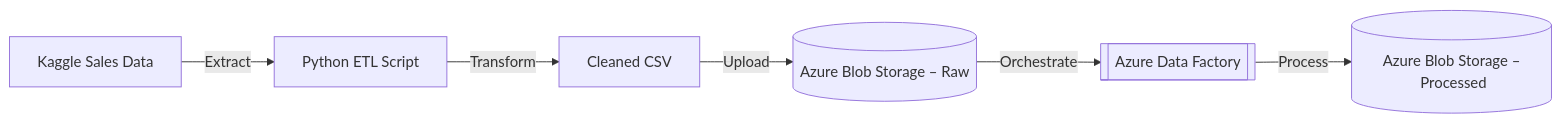
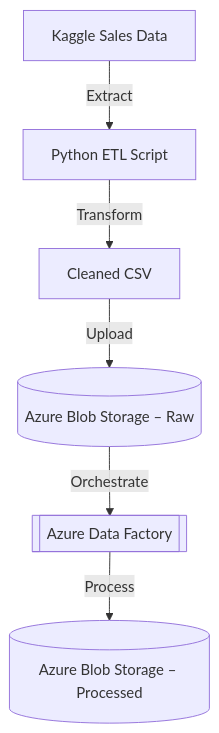
Before and after one commit to alexvidi/Azure-ETL-Project-Terraform-GitHubActions: the diagram in README.md, drawn with Mermaid.

Commit message:
mermaid fixed

````diff
--- a/README.md
+++ b/README.md
@@ -44,8 +44,8 @@
 ```mermaid
-flowchart LR
-    Kaggle[Kaggle Sales Data] -->|Extract| Script[Python ETL Script]
-    Script -->|Transform| CSV[Cleaned CSV]
-    CSV -->|Upload| Raw[(Azure Blob Storage – Raw)]
-    Raw -->|Orchestrate| ADF[[Azure Data Factory]]
-    ADF -->|Process| Processed[(Azure Blob Storage – Processed)]
+flowchart TB
+    Kaggle[Kaggle Sales Data] -->|Extract| Script[Python ETL Script]
+    Script -->|Transform| CSV[Cleaned CSV]
+    CSV -->|Upload| Raw[(Azure Blob Storage – Raw)]
+    Raw -->|Orchestrate| ADF[[Azure Data Factory]]
+    ADF -->|Process| Processed[(Azure Blob Storage – Processed)]
 ```
````
